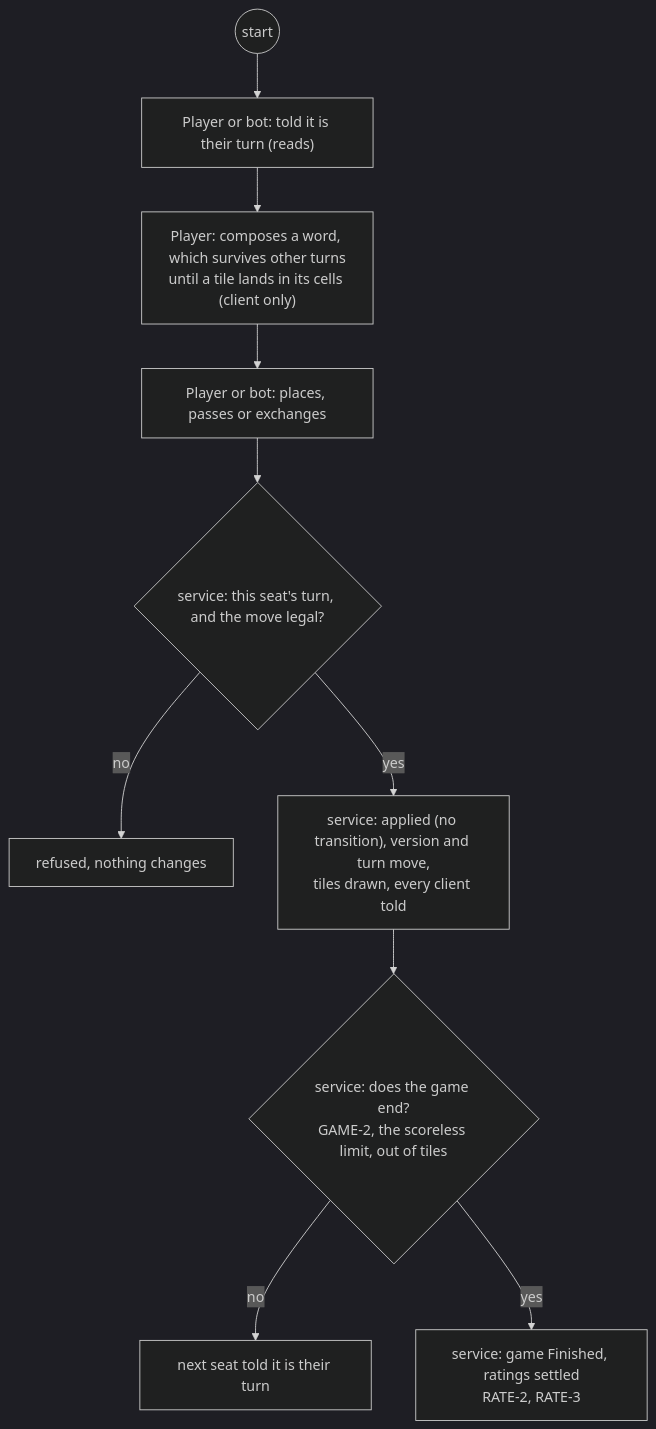
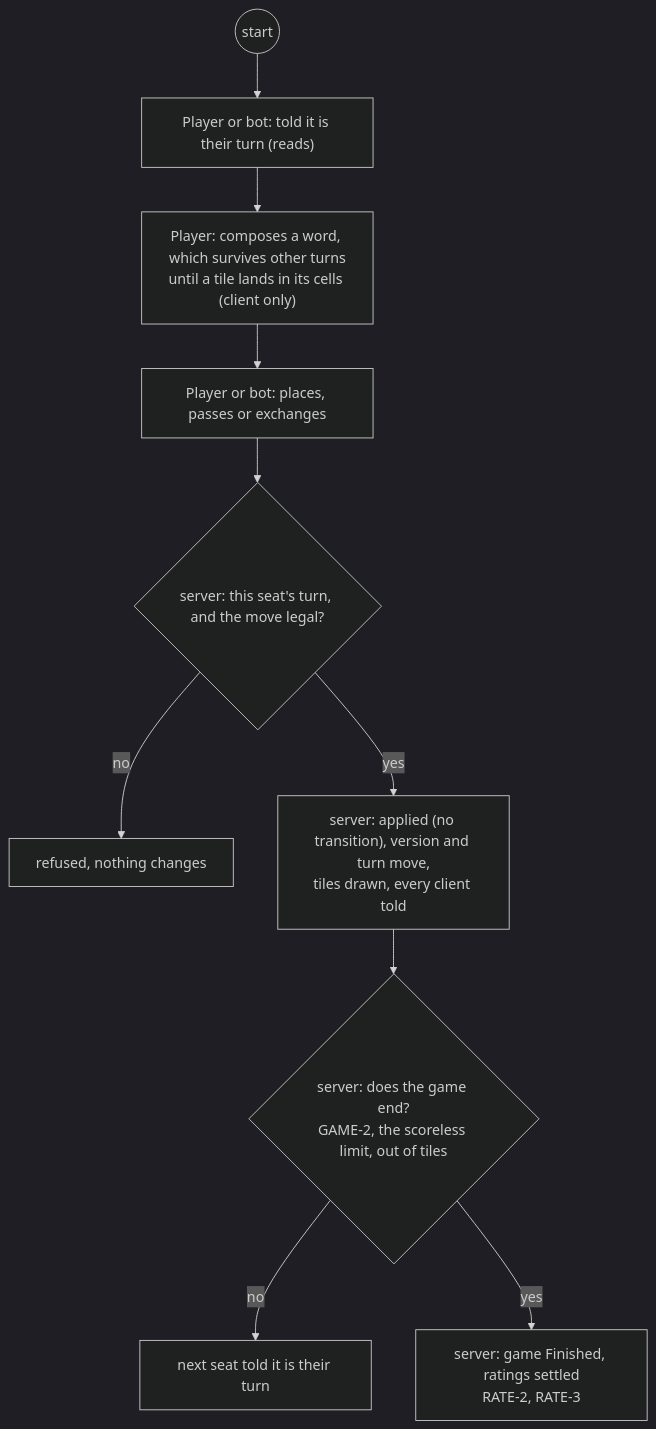
Before and after one commit to delphside/programme: diagram 15 of 29 in docs/changes/workstreams/application-game-architecture/71-one-game-model/71-functional.md, drawn with Mermaid (dark theme). The commit also changed other lines of this file, not shown here.

First line of the commit message:
app 0.9.2 api 2.16: 71: Tile Lite Elite Server, server steps, and question references name #71

````diff
--- a/docs/changes/workstreams/application-game-architecture/71-one-game-model/71-functional.md
+++ b/docs/changes/workstreams/application-game-architecture/71-one-game-model/71-functional.md
@@ -300,12 +300,12 @@
 ```mermaid
 flowchart TD
   s0((start)) --> p1["Player or bot: told it is their turn (reads)"]
   p1 --> p2["Player: composes a word, which survives other turns<br/>until a tile lands in its cells (client only)"]
   p2 --> p3["Player or bot: places, passes or exchanges"]
-  p3 --> v1{"service: this seat's turn, and the move legal?"}
+  p3 --> v1{"server: this seat's turn, and the move legal?"}
   v1 -- no --> r1["refused, nothing changes"]
-  v1 -- yes --> t1["service: applied (no transition), version and turn move,<br/>tiles drawn, every client told"]
-  t1 --> v2{"service: does the game end?<br/>GAME-2, the scoreless limit, out of tiles"}
+  v1 -- yes --> t1["server: applied (no transition), version and turn move,<br/>tiles drawn, every client told"]
+  t1 --> v2{"server: does the game end?<br/>GAME-2, the scoreless limit, out of tiles"}
   v2 -- no --> p4["next seat told it is their turn"]
-  v2 -- yes --> t2["service: game Finished, ratings settled<br/>RATE-2, RATE-3"]
+  v2 -- yes --> t2["server: game Finished, ratings settled<br/>RATE-2, RATE-3"]
 ```
````
